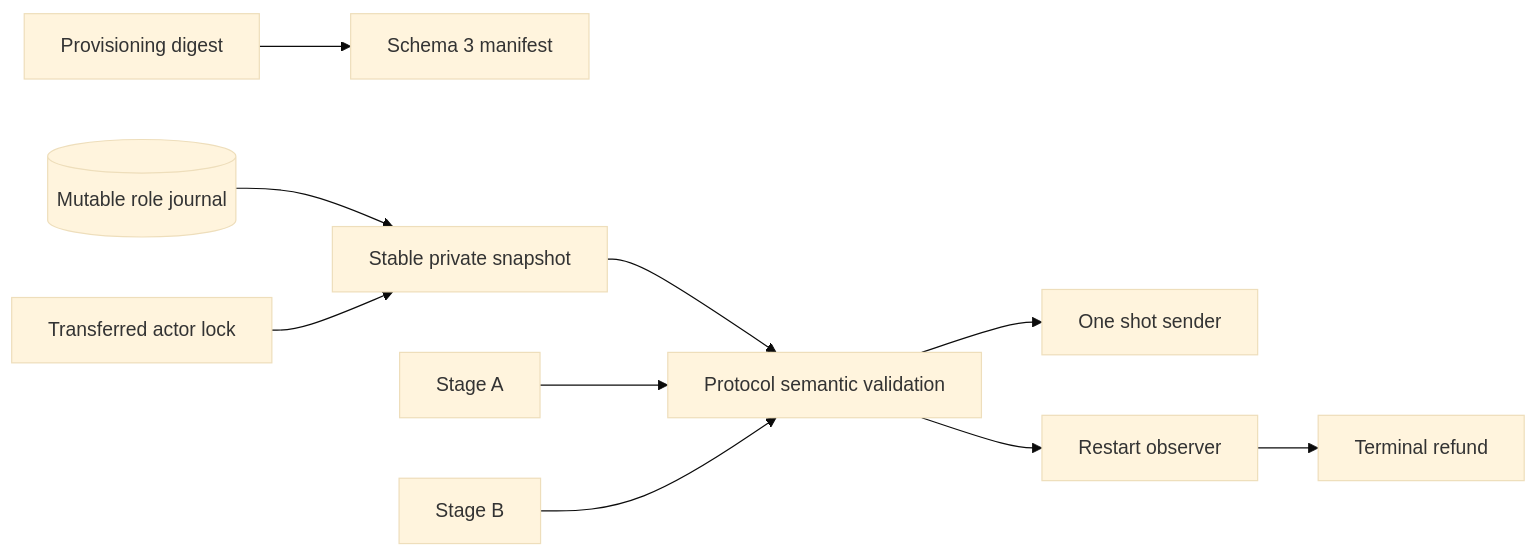
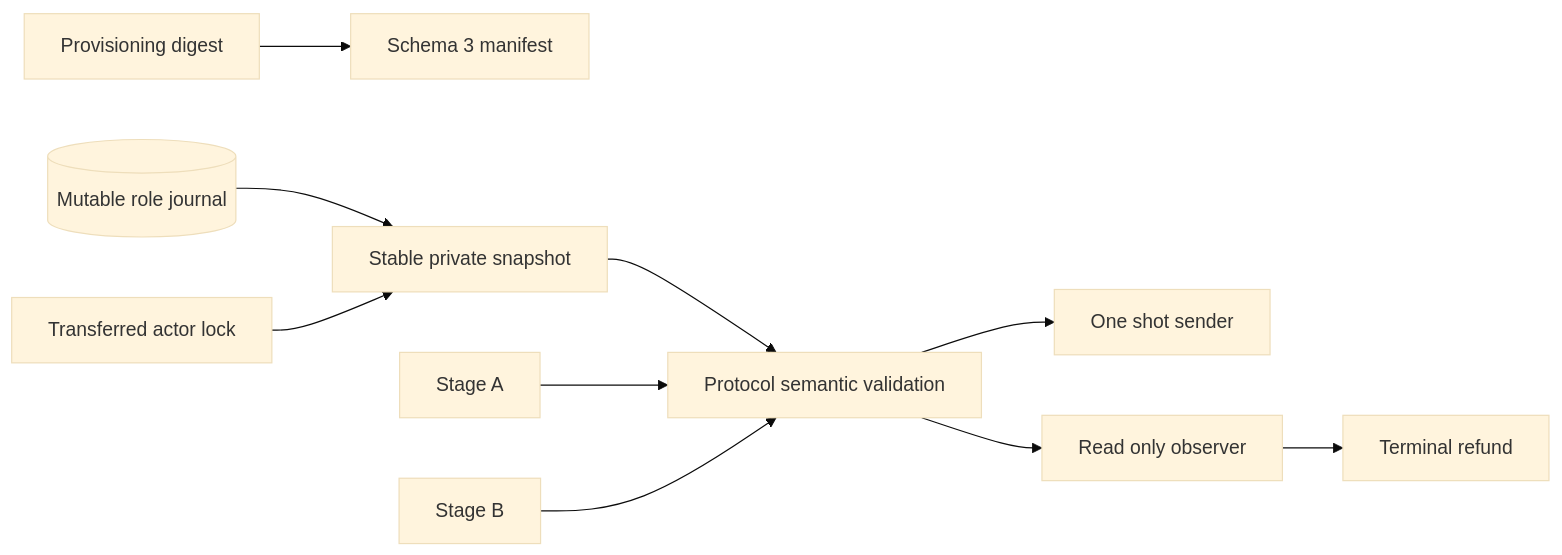
One commit to gateway-fm/lez-atomic-swaps changed diagram 54 of 55 in docs/architecture/system-architecture.md. Above: the diagram before and after it, drawn with Mermaid (base theme). The commit also changed other lines of this file and 15 other files, not shown here.

````diff
--- a/docs/architecture/system-architecture.md
+++ b/docs/architecture/system-architecture.md
@@ -3671,12 +3671,12 @@
 ```mermaid
 flowchart LR
     Provision[Provisioning digest] --> Manifest[Schema 3 manifest]
     Journal[(Mutable role journal)] --> Snapshot[Stable private snapshot]
     ActorLock[Transferred actor lock] --> Snapshot
     Snapshot --> Semantics[Protocol semantic validation]
     StageA[Stage A] --> Semantics
     StageB[Stage B] --> Semantics
     Semantics --> Sender[One shot sender]
-    Semantics --> Observer[Restart observer]
+    Semantics --> Observer[Read only observer]
     Observer --> Terminal[Terminal refund]
 ```
````
